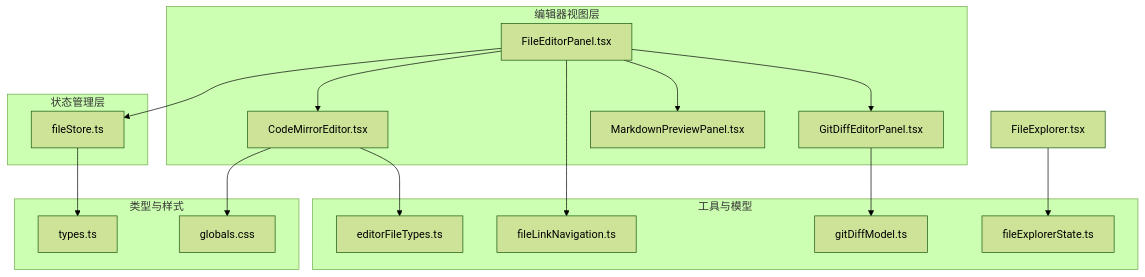
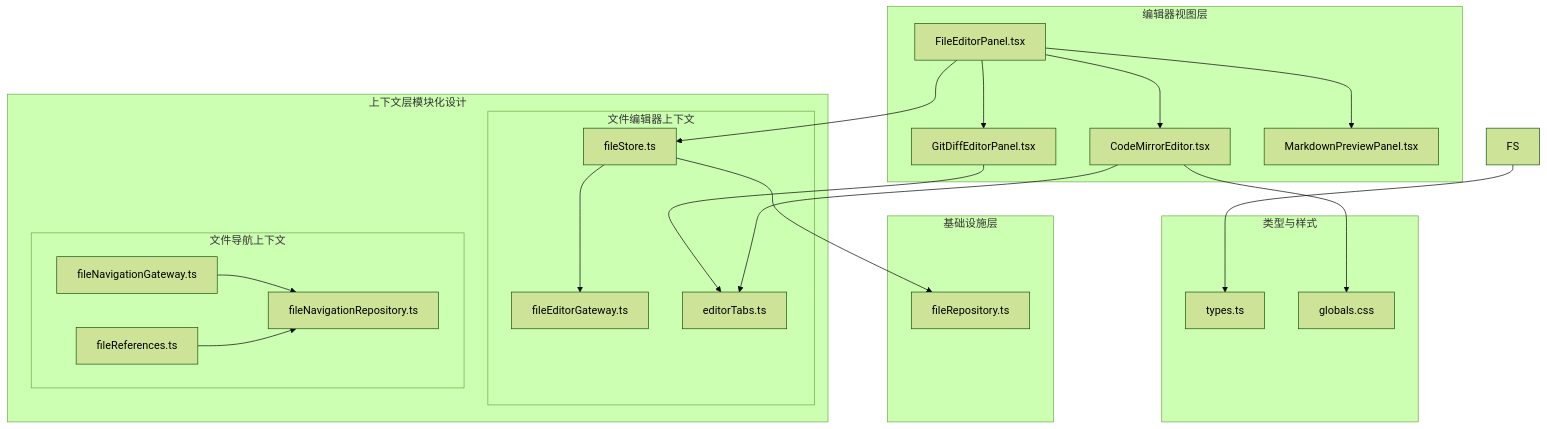
The first of 9 diagrams in .qoder/repowiki/zh/content/核心功能/代码编辑器/代码编辑器.md (yattin/panes), drawn with Mermaid (forest theme) before and after one commit. The commit also changed other lines of this file and 45 other files, not shown here.

````diff
--- a/.qoder/repowiki/zh/content/核心功能/代码编辑器/代码编辑器.md
+++ b/.qoder/repowiki/zh/content/核心功能/代码编辑器/代码编辑器.md
@@ -37,32 +53,40 @@
 ```mermaid
 graph TB
 subgraph "编辑器视图层"
 FEP["FileEditorPanel.tsx"]
 CME["CodeMirrorEditor.tsx"]
 GDEP["GitDiffEditorPanel.tsx"]
 MDP["MarkdownPreviewPanel.tsx"]
 end
-subgraph "状态管理层"
-FS["fileStore.ts"]
+subgraph "上下文层模块化设计"
+subgraph "文件编辑器上下文"
+FEG["fileEditorGateway.ts"]
+FES["fileStore.ts"]
+ET["editorTabs.ts"]
 end
-subgraph "工具与模型"
-EFT["editorFileTypes.ts"]
-FLN["fileLinkNavigation.ts"]
-GDM["gitDiffModel.ts"]
-FES["fileExplorerState.ts"]
+subgraph "文件导航上下文"
+FNG["fileNavigationGateway.ts"]
+FNR["fileNavigationRepository.ts"]
+FR["fileReferences.ts"]
+end
+end
+subgraph "基础设施层"
+FRP["fileRepository.ts"]
 end
 subgraph "类型与样式"
 T["types.ts"]
 GCSS["globals.css"]
 end
-FEP --> FS
+FEP --> FES
 FEP --> CME
 FEP --> GDEP
 FEP --> MDP
-CME --> EFT
-GDEP --> GDM
-FEP --> FLN
-FileExplorer["FileExplorer.tsx"] --> FES
+CME --> ET
+GDEP --> ET
+FES --> FEG
+FES --> FRP
+FNG --> FNR
+FR --> FNR
 FS --> T
 CME --> GCSS
 ```
````
